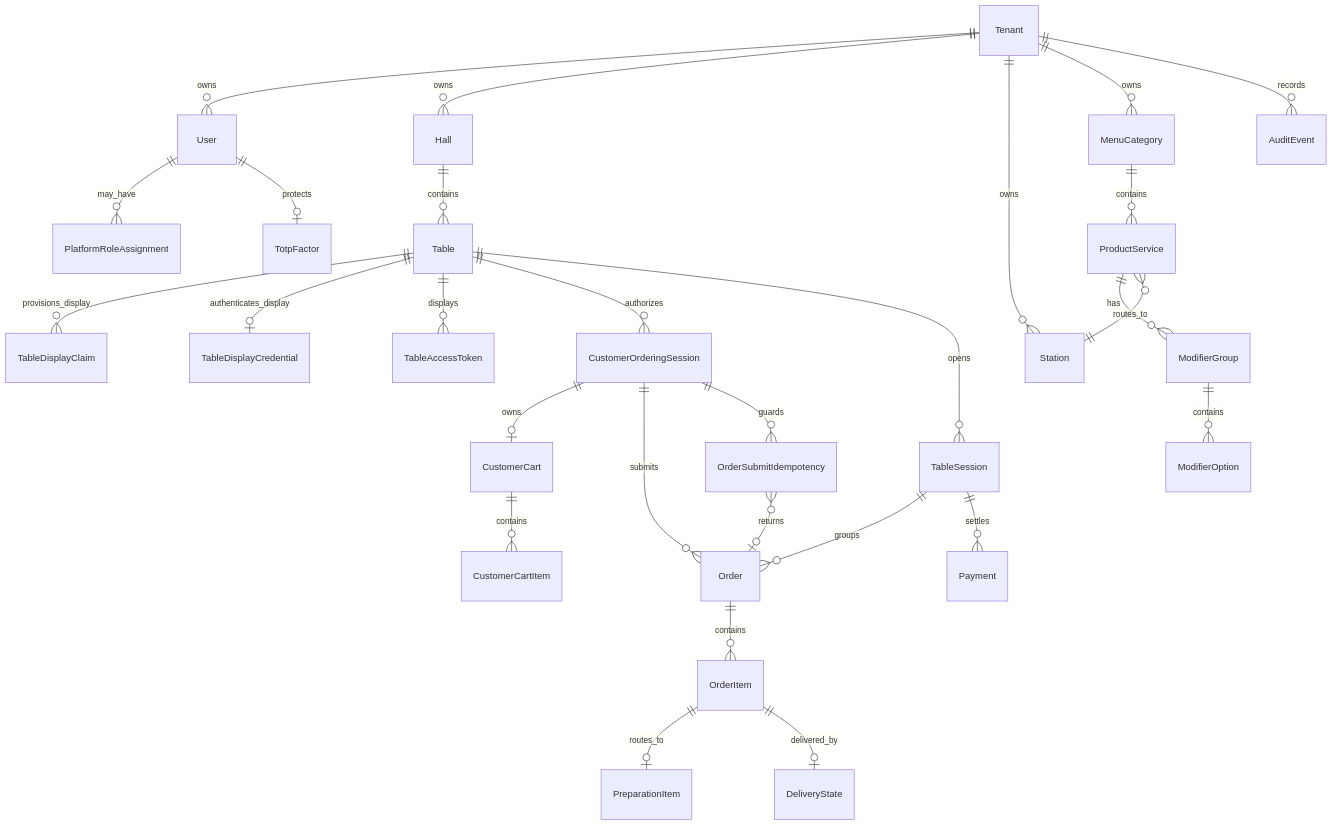
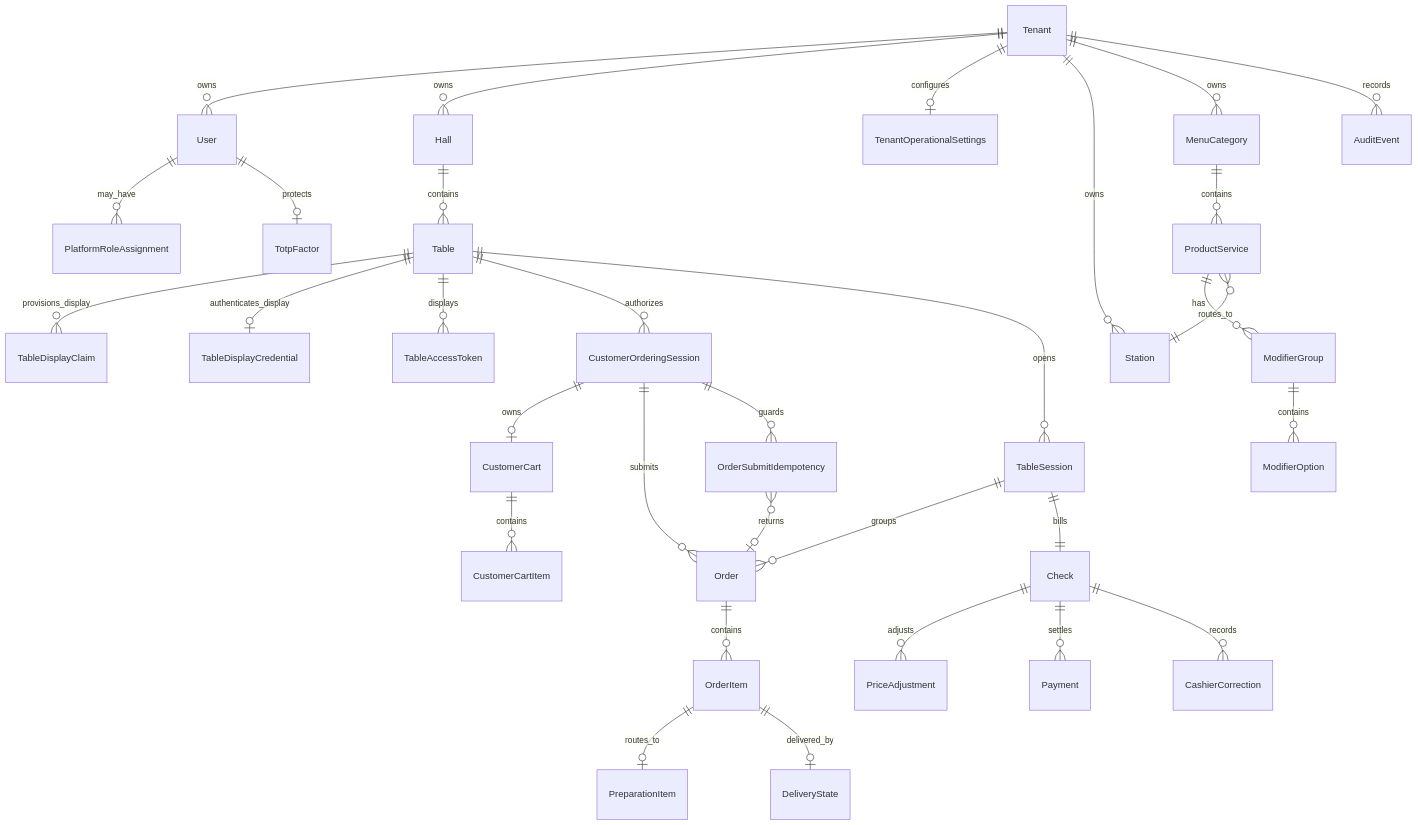
Before and after one commit to ferkankaplan/IoTables: the diagram in docs/data-model.md, drawn with Mermaid. The commit also changed other lines of this file and 15 other files, not shown here.

````diff
--- a/docs/data-model.md
+++ b/docs/data-model.md
@@ -19,33 +19,37 @@
 ```mermaid
 erDiagram
   Tenant ||--o{ User : owns
   User ||--o{ PlatformRoleAssignment : may_have
   User ||--o| TotpFactor : protects
   Tenant ||--o{ Hall : owns
   Hall ||--o{ Table : contains
   Table ||--o{ TableDisplayClaim : provisions_display
   Table ||--o| TableDisplayCredential : authenticates_display
+  Tenant ||--o| TenantOperationalSettings : configures
   Tenant ||--o{ Station : owns
   Tenant ||--o{ MenuCategory : owns
   MenuCategory ||--o{ ProductService : contains
   ProductService ||--o{ ModifierGroup : has
   ModifierGroup ||--o{ ModifierOption : contains
   ProductService }o--|| Station : routes_to
 
   Table ||--o{ TableAccessToken : displays
   Table ||--o{ CustomerOrderingSession : authorizes
   Table ||--o{ TableSession : opens
 
   CustomerOrderingSession ||--o| CustomerCart : owns
   CustomerCart ||--o{ CustomerCartItem : contains
   CustomerOrderingSession ||--o{ Order : submits
   CustomerOrderingSession ||--o{ OrderSubmitIdempotency : guards
   OrderSubmitIdempotency }o--o| Order : returns
   TableSession ||--o{ Order : groups
+  TableSession ||--|| Check : bills
+  Check ||--o{ PriceAdjustment : adjusts
   Order ||--o{ OrderItem : contains
   OrderItem ||--o| PreparationItem : routes_to
   OrderItem ||--o| DeliveryState : delivered_by
 
-  TableSession ||--o{ Payment : settles
+  Check ||--o{ Payment : settles
+  Check ||--o{ CashierCorrection : records
   Tenant ||--o{ AuditEvent : records
 ```
````
